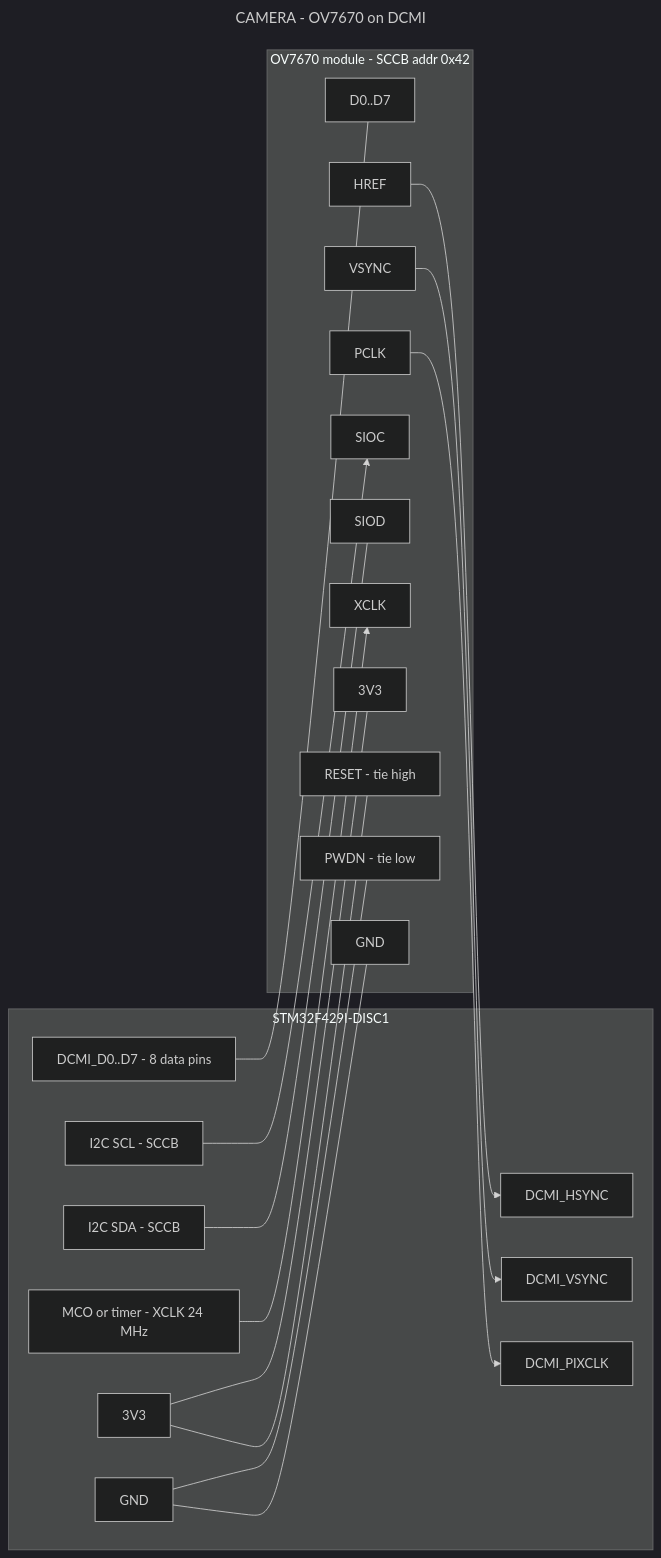
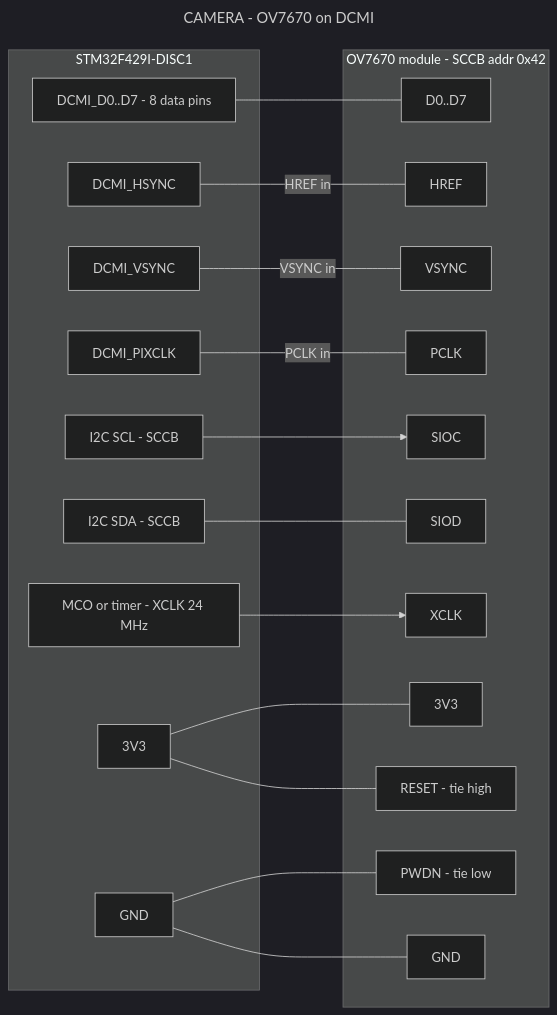
One commit to Ekpenyong-Esu/BareMetalMCU2 changed the diagram in Sensor_Cons/Peripherals/CAMERA/camera_wiring.mmd. Above: the diagram before and after it, drawn with Mermaid (dark theme). The commit also changed 19 other files, not shown here.

First line of the commit message:
Rank every wiring diagram into a single row

```diff
--- a/Sensor_Cons/Peripherals/CAMERA/camera_wiring.mmd
+++ b/Sensor_Cons/Peripherals/CAMERA/camera_wiring.mmd
@@ -1,47 +1,47 @@
 ---
 title: CAMERA - OV7670 on DCMI
 ---
 %% NO DOCUMENTED PINS - the driver takes the DCMI and I2C handles from the app.
 %% DCMI needs 11 pins and the DISC1 has only 22 free, most of which the LCD and
 %% SDRAM already claim; a DCMI-capable pin set is not available without
 %% releasing FMC or LTDC first.
 %% SCCB is I2C at 100 kHz; write address 0x42, read address 0x43.
 %% XCLK must be fed 24 MHz - the OV7670 has no oscillator of its own.
 flowchart LR
     subgraph MCU["STM32F429I-DISC1"]
         D07["DCMI_D0..D7 - 8 data pins"]
         HS["DCMI_HSYNC"]
         VS["DCMI_VSYNC"]
         PX["DCMI_PIXCLK"]
         SCL["I2C SCL - SCCB"]
         SDA["I2C SDA - SCCB"]
         XC["MCO or timer - XCLK 24 MHz"]
         V33["3V3"]
         GND["GND"]
     end
 
     subgraph CAM["OV7670 module - SCCB addr 0x42"]
         cD["D0..D7"]
         cH["HREF"]
         cV["VSYNC"]
         cP["PCLK"]
         cSCL["SIOC"]
         cSDA["SIOD"]
         cX["XCLK"]
         cRST["RESET - tie high"]
         cPWDN["PWDN - tie low"]
         cV33["3V3"]
         cG["GND"]
     end
 
     D07 --- cD
-    cH --> HS
-    cV --> VS
-    cP --> PX
+    HS ---|"HREF in"| cH
+    VS ---|"VSYNC in"| cV
+    PX ---|"PCLK in"| cP
     SCL --> cSCL
     SDA --- cSDA
     XC --> cX
     V33 --- cV33
     V33 --- cRST
     GND --- cPWDN
     GND --- cG
```
